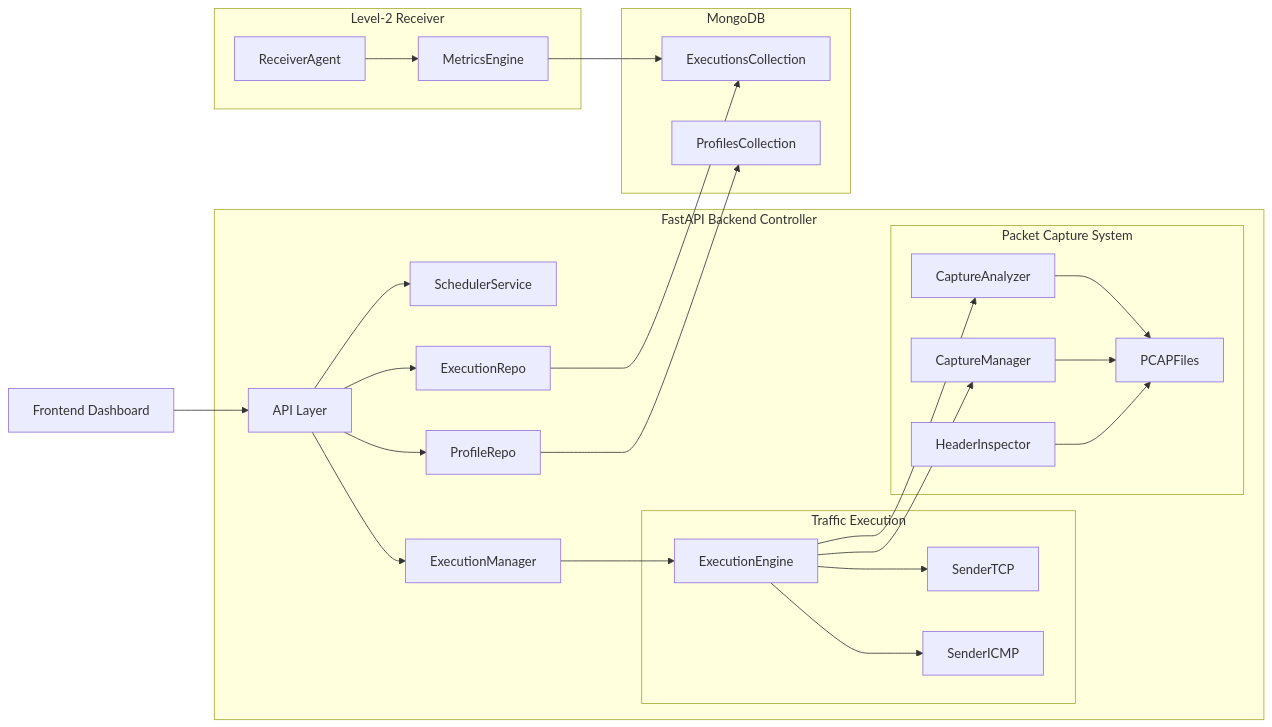
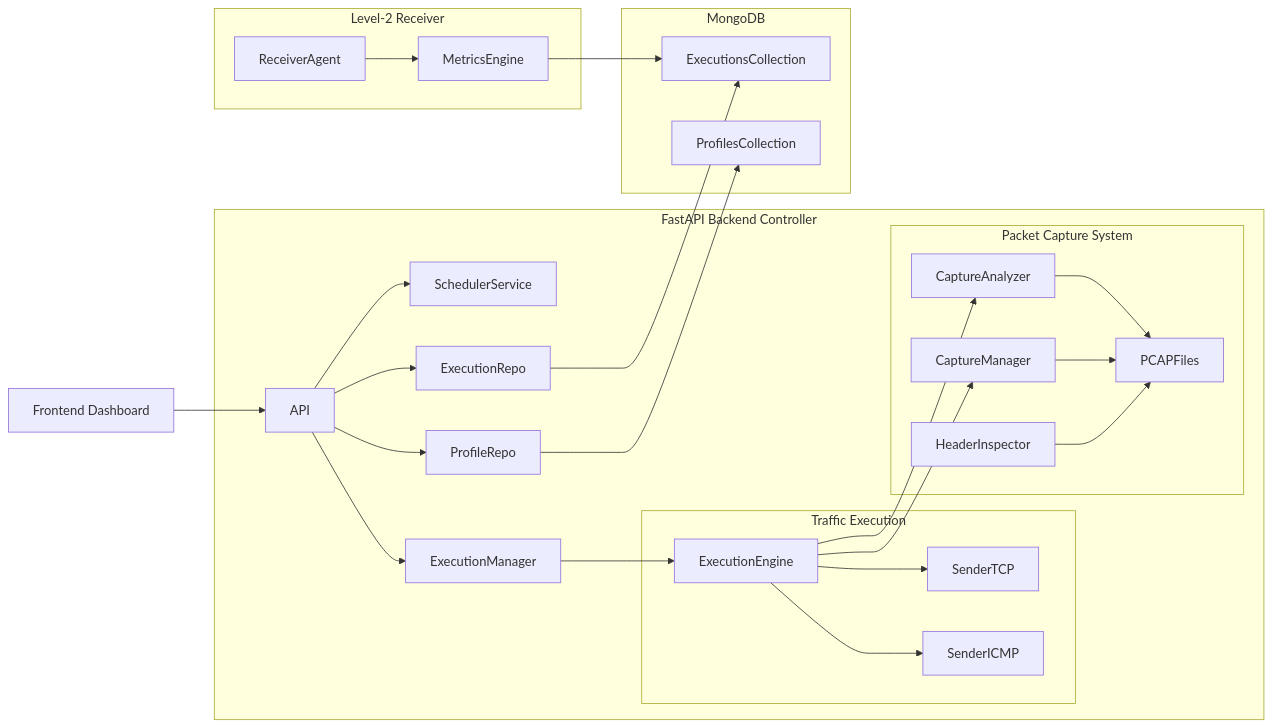
The third of 5 diagrams in README.md (pestechnology/Adaptive-Network-Traffic-Generator), drawn with Mermaid before and after one commit. The commit also changed other lines of this file, not shown here.

````diff
--- a/README.md
+++ b/README.md
@@ -46,45 +68,43 @@
 ```mermaid
 flowchart LR
 
     UI[Frontend Dashboard]
 
     UI --> API
 
     subgraph Backend["FastAPI Backend Controller"]
-        API[API Layer]
-
         API --> ExecutionManager
         API --> ProfileRepo
         API --> ExecutionRepo
         API --> SchedulerService
 
         ExecutionManager --> ExecutionEngine
 
         subgraph TrafficExecution["Traffic Execution"]
             ExecutionEngine --> SenderICMP
             ExecutionEngine --> SenderTCP
         end
 
         subgraph PacketCapture["Packet Capture System"]
             ExecutionEngine --> CaptureManager
             CaptureManager --> PCAPFiles
             CaptureAnalyzer --> PCAPFiles
             HeaderInspector --> PCAPFiles
         end
 
         ExecutionEngine --> CaptureAnalyzer
     end
 
     subgraph Receiver["Level-2 Receiver"]
         ReceiverAgent --> MetricsEngine
     end
 
     subgraph Database["MongoDB"]
         ProfilesCollection
         ExecutionsCollection
     end
 
     ProfileRepo --> ProfilesCollection
     ExecutionRepo --> ExecutionsCollection
     MetricsEngine --> ExecutionsCollection
 ```
````
